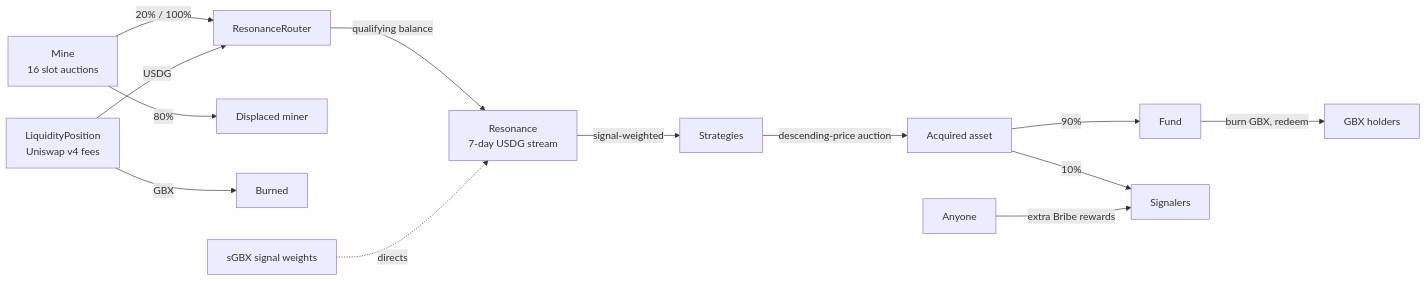
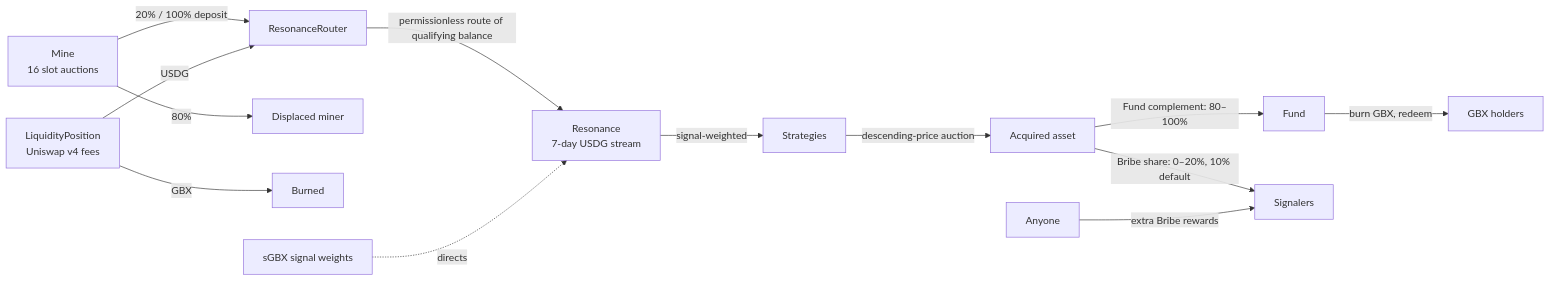
Before and after one commit to Heesho/gumball6900: the diagram in docs/one-pagers/gumball-6900.md, drawn with Mermaid. The commit also changed other lines of this file and 139 other files, not shown here.

Commit message:
feat(mine): finalize fixed-slot emissions and routing

````diff
--- a/docs/one-pagers/gumball-6900.md
+++ b/docs/one-pagers/gumball-6900.md
@@ -87,15 +91,15 @@
 ```mermaid
 flowchart LR
-  M[Mine<br/>16 slot auctions] -->|20% / 100%| RR[ResonanceRouter]
+  M[Mine<br/>16 slot auctions] -->|20% / 100% deposit| RR[ResonanceRouter]
   M -->|80%| DM[Displaced miner]
   LP[LiquidityPosition<br/>Uniswap v4 fees] -->|USDG| RR
   LP -->|GBX| BURN[Burned]
-  RR -->|qualifying balance| R[Resonance<br/>7-day USDG stream]
+  RR -->|permissionless route of qualifying balance| R[Resonance<br/>7-day USDG stream]
   SG[sGBX signal weights] -.->|directs| R
   R -->|signal-weighted| S[Strategies]
   S -->|descending-price auction| A[Acquired asset]
-  A -->|90%| F[Fund]
-  A -->|10%| SIG[Signalers]
+  A -->|Fund complement: 80–100%| F[Fund]
+  A -->|Bribe share: 0–20%, 10% default| SIG[Signalers]
   B[Anyone] -->|extra Bribe rewards| SIG
   F -->|burn GBX, redeem| H[GBX holders]
 ```
````
